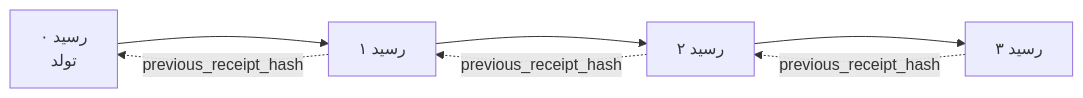
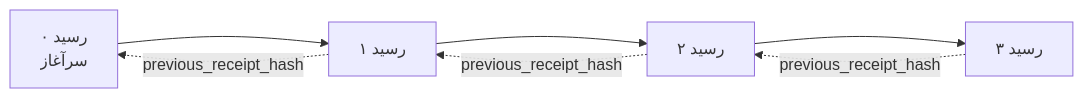
One commit to microsoft/ai-agents-for-beginners changed the second of 2 diagrams in translations/fa/18-securing-ai-agents/README.md. Above: the diagram before and after it, drawn with Mermaid. The commit also changed other lines of this file and 47 other files, not shown here.

````diff
--- a/translations/fa/18-securing-ai-agents/README.md
+++ b/translations/fa/18-securing-ai-agents/README.md
@@ -206,9 +203,9 @@
 ```mermaid
 flowchart LR
-    R0[رسید ۰<br/>تولد] --> R1[رسید ۱]
+    R0[رسید ۰<br/>سرآغاز] --> R1[رسید ۱]
     R1 --> R2[رسید ۲]
     R2 --> R3[رسید ۳]
     R1 -. previous_receipt_hash .-> R0
     R2 -. previous_receipt_hash .-> R1
     R3 -. previous_receipt_hash .-> R2
 ```
````
